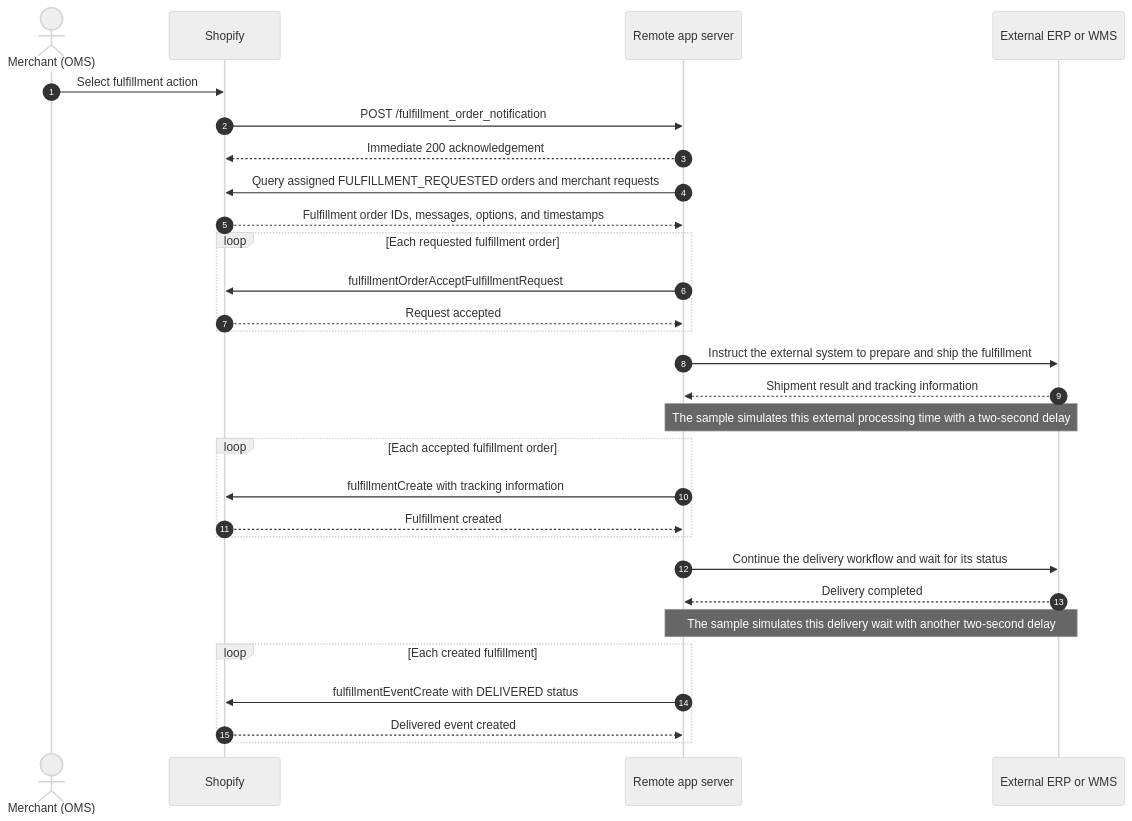
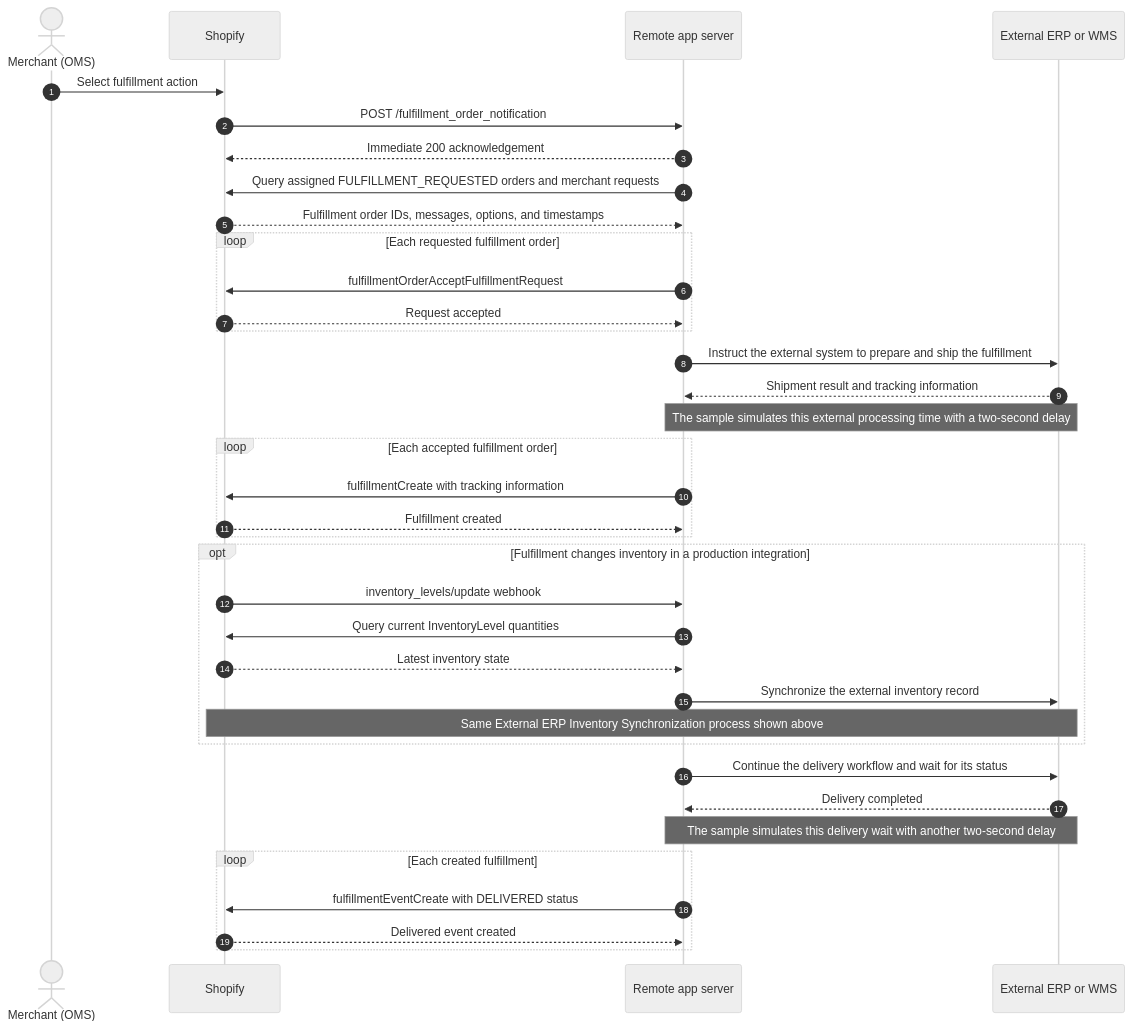
The fourth of 4 diagrams in docs/13-ordermanage.md (benzookapi/shopify-barebone-app-sample), drawn with Mermaid (neutral theme) before and after one commit. The commit also changed other lines of this file, not shown here.

Commit message:
Connect fulfillment and inventory sync flows

````diff
--- a/docs/13-ordermanage.md
+++ b/docs/13-ordermanage.md
@@ -118,32 +120,39 @@
 ```mermaid
 sequenceDiagram
     autonumber
     actor Merchant as Merchant (OMS)
     participant Shopify as Shopify
     participant App as Remote app server
     participant ERP as External ERP or WMS
 
     Merchant->>Shopify: Select fulfillment action
     Shopify->>App: POST /fulfillment_order_notification
     App-->>Shopify: Immediate 200 acknowledgement
     App->>Shopify: Query assigned FULFILLMENT_REQUESTED orders and merchant requests
     Shopify-->>App: Fulfillment order IDs, messages, options, and timestamps
     loop Each requested fulfillment order
         App->>Shopify: fulfillmentOrderAcceptFulfillmentRequest
         Shopify-->>App: Request accepted
     end
     App->>ERP: Instruct the external system to prepare and ship the fulfillment
     ERP-->>App: Shipment result and tracking information
     Note over App,ERP: The sample simulates this external processing time with a two-second delay
     loop Each accepted fulfillment order
         App->>Shopify: fulfillmentCreate with tracking information
         Shopify-->>App: Fulfillment created
     end
+    opt Fulfillment changes inventory in a production integration
+        Shopify->>App: inventory_levels/update webhook
+        App->>Shopify: Query current InventoryLevel quantities
+        Shopify-->>App: Latest inventory state
+        App->>ERP: Synchronize the external inventory record
+        Note over Shopify,ERP: Same External ERP Inventory Synchronization process shown above
+    end
     App->>ERP: Continue the delivery workflow and wait for its status
     ERP-->>App: Delivery completed
     Note over App,ERP: The sample simulates this delivery wait with another two-second delay
     loop Each created fulfillment
         App->>Shopify: fulfillmentEventCreate with DELIVERED status
         Shopify-->>App: Delivered event created
     end
 ```
````
